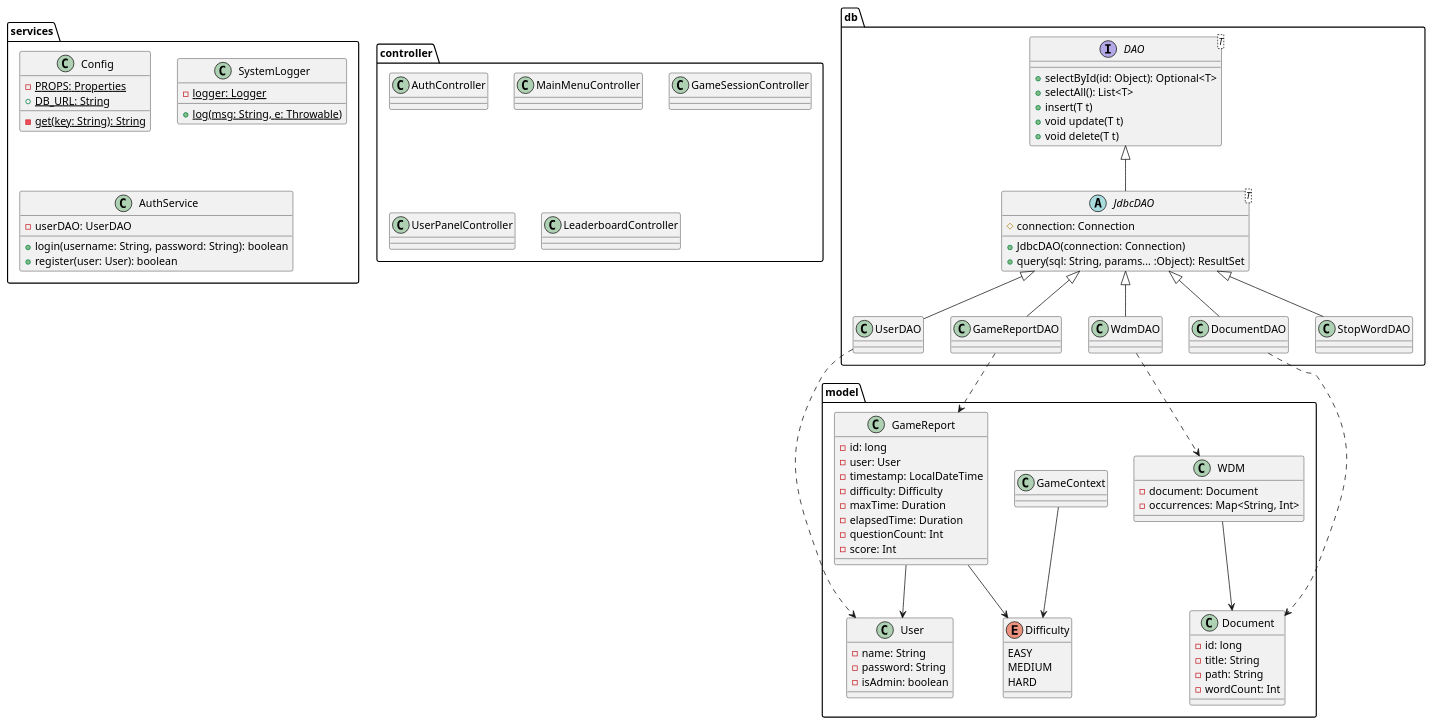
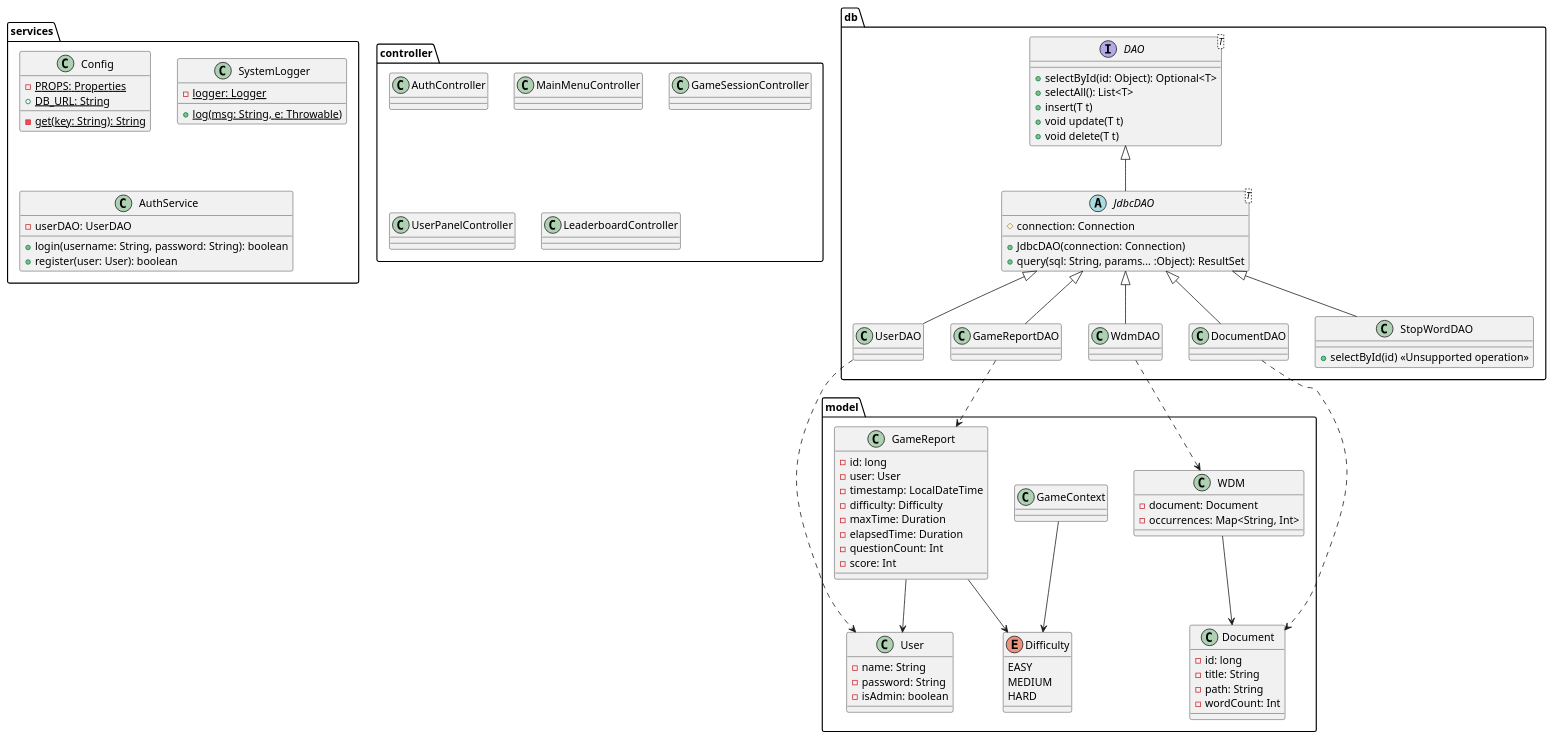
Before and after one commit to Bg735/Wordageddon-Gruppo_16: the diagram in docs/Class diagram.puml, drawn with PlantUML. The commit also changed 14 other files, not shown here.

```diff
--- a/docs/Class diagram.puml
+++ b/docs/Class diagram.puml
@@ -1,132 +1,133 @@
 @startuml
 
 ' ========== services ==========
 package services{
     class Config{
         - {static} PROPS: Properties
         + {static} DB_URL: String
 
         - {static} get(key: String): String
     }
 
     class SystemLogger {
         - logger: Logger {static}
         + log(msg: String, e: Throwable) {static}
     }
 
     class AuthService {
         - userDAO: UserDAO
         + login(username: String, password: String): boolean
         + register(user: User): boolean
     }
 
 
 
 }
 ' ========== MODEL ==========
 package model {
 
     enum Difficulty {
         EASY
         MEDIUM
         HARD
     }
 
   class User {
     - name: String
     - password: String
     - isAdmin: boolean
   }
 
   class GameContext {
 
   }
   GameContext --> Difficulty
 
 
   class GameReport{
     - id: long
     - user: User
     - timestamp: LocalDateTime
     - difficulty: Difficulty
     - maxTime: Duration
     - elapsedTime: Duration
     - questionCount: Int
     - score: Int
   }
   GameReport --> Difficulty
   GameReport --> User
 
 
   class Document {
     - id: long
     - title: String
     - path: String
     - wordCount: Int
   }
 
   class WDM {
     - document: Document
     - occurrences: Map<String, Int>
   }
   WDM --> Document
 }
 
 ' ========== JDBC ==========
 package db{
     interface DAO<T> {
         + selectById(id: Object): Optional<T>
         + selectAll(): List<T>
         + insert(T t)
         + void update(T t)
         + void delete(T t)
     }
 
     abstract class JdbcDAO<T> extends DAO<T> {
         # connection: Connection
         + JdbcDAO(connection: Connection)
         + query(sql: String, params... :Object): ResultSet
     }
 
     class UserDAO extends JdbcDAO<User>{
     }
 
     class GameReportDAO extends JdbcDAO<GameReport> {
     }
 
     class DocumentDAO extends JdbcDAO<Document> {
     }
 
     class WdmDAO extends JdbcDAO<WDM> {
     }
 
     class StopWordDAO extends JdbcDAO<String> {
+        + selectById(id) <<Unsupported operation>> /'useless in this context'/
     }
 
     UserDAO ..> User
     GameReportDAO ..> GameReport
     DocumentDAO ..> Document
     WdmDAO ..> WDM
 
 }
 
 
 ' ========== CONTROLLERS ==========
 package controller{
 
   class AuthController {
   }
   class MainMenuController {
 
   }
   class GameSessionController {
   }
   class UserPanelController {
   }
   class LeaderboardController {
   }
 
   'AuthController --> AuthService
 }
 
 @enduml
```
